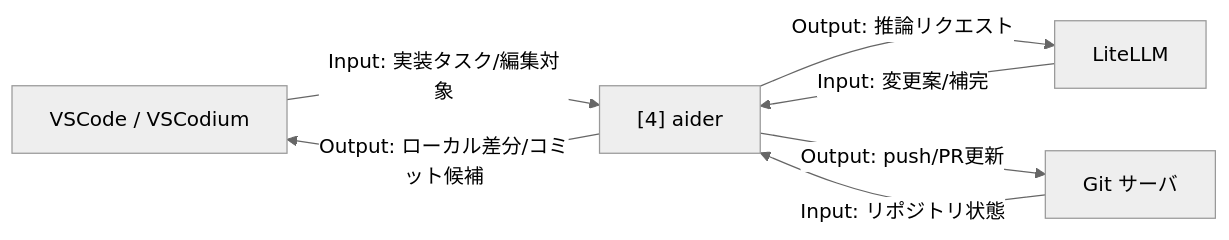
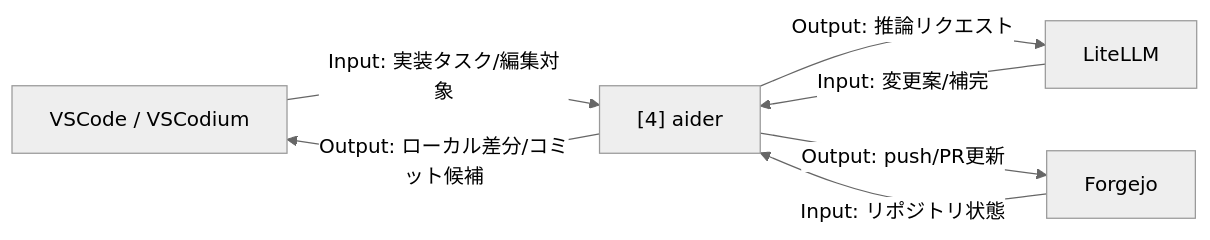
One commit to BossApe/lo-vibe changed the second of 2 diagrams in _document/001.提案・要求仕様フェーズ/002.インフラ構成案/002-04.aider.md. Above: the diagram before and after it, drawn with Mermaid (neutral theme). The commit also changed other lines of this file and 38 other files, not shown here.

````diff
--- a/_document/001.提案・要求仕様フェーズ/002.インフラ構成案/002-04.aider.md
+++ b/_document/001.提案・要求仕様フェーズ/002.インフラ構成案/002-04.aider.md
@@ -58,9 +58,9 @@
 ```mermaid
 flowchart LR
     V[VSCode / VSCodium] -->|Input: 実装タスク/編集対象| A["[4] aider"]
-    G["Git サーバ"] -->|Input: リポジトリ状態| A
+    G["Forgejo"] -->|Input: リポジトリ状態| A
     A -->|Output: 推論リクエスト| L[LiteLLM]
     L -->|Input: 変更案/補完| A
     A -->|Output: ローカル差分/コミット候補| V
     A -->|Output: push/PR更新| G
 ```
````
